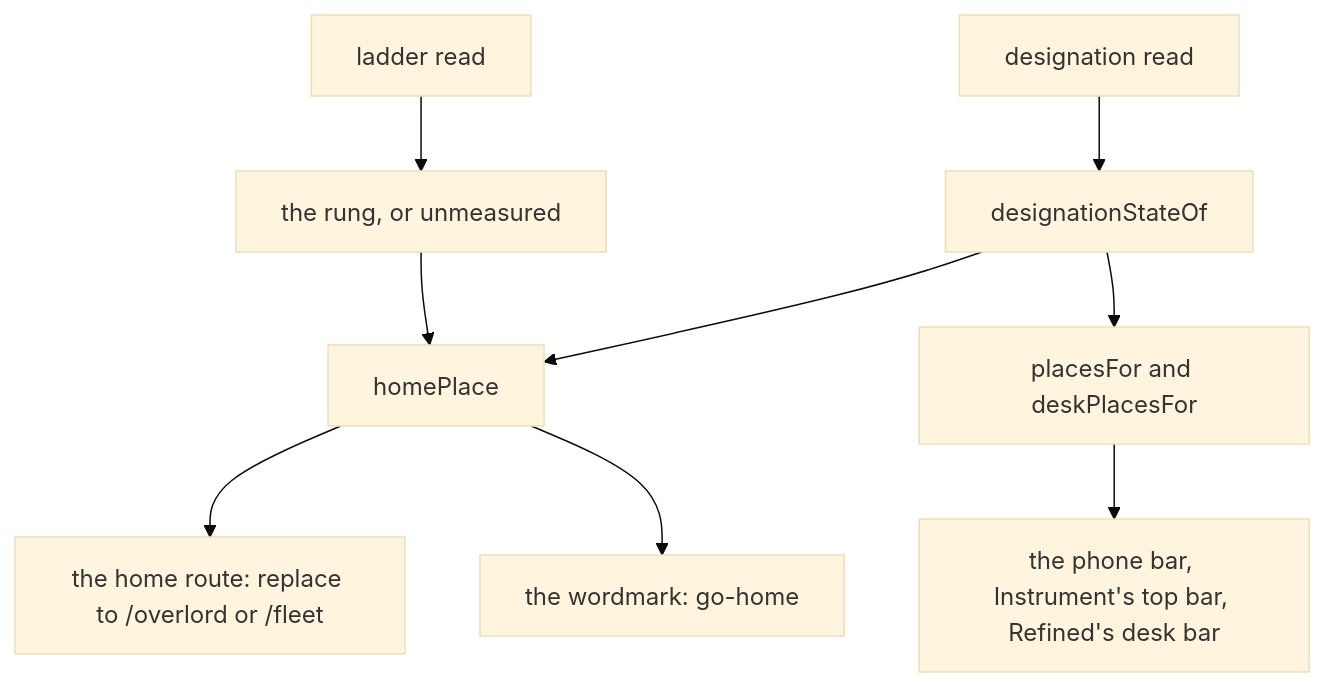
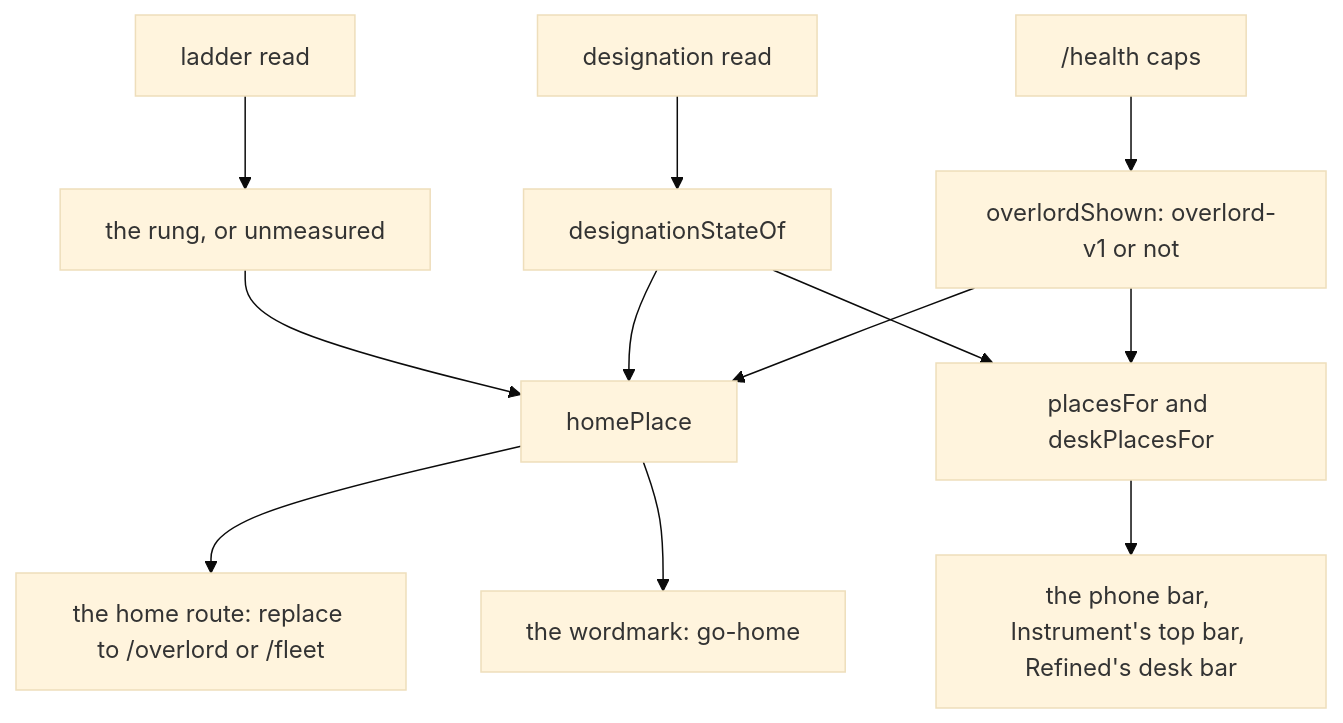
One commit to Synapsium-Labs/ccrc-pwa changed the first of 3 diagrams in docs/superpowers/plans/2026-11-14-overlord-w1/w1-home.md. Above: the diagram before and after it, drawn with Mermaid (base theme). The commit also changed other lines of this file and 1 other file, not shown here.

First line of the commit message:
docs(plan): the Overlord W1, Home and Settings, fix round 1 (review 2195)

````diff
--- a/docs/superpowers/plans/2026-11-14-overlord-w1/w1-home.md
+++ b/docs/superpowers/plans/2026-11-14-overlord-w1/w1-home.md
@@ -909,11 +1143,14 @@
 ```mermaid
 flowchart TD
   D["designation read"] --> S["designationStateOf"]
   L["ladder read"] --> R["the rung, or unmeasured"]
+  CAP["/health caps"] --> V["overlordShown: overlord-v1 or not"]
+  V --> H
+  V --> P
   S --> H["homePlace"]
   R --> H
   S --> P["placesFor and deskPlacesFor"]
   H --> ROOT["the home route: replace to /overlord or /fleet"]
   H --> WM["the wordmark: go-home"]
   P --> BARS["the phone bar, Instrument's top bar, Refined's desk bar"]
 ```
````
